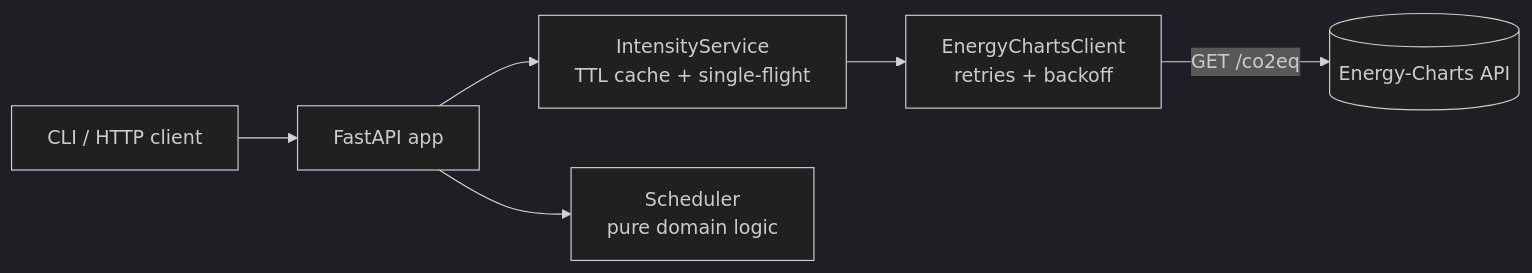
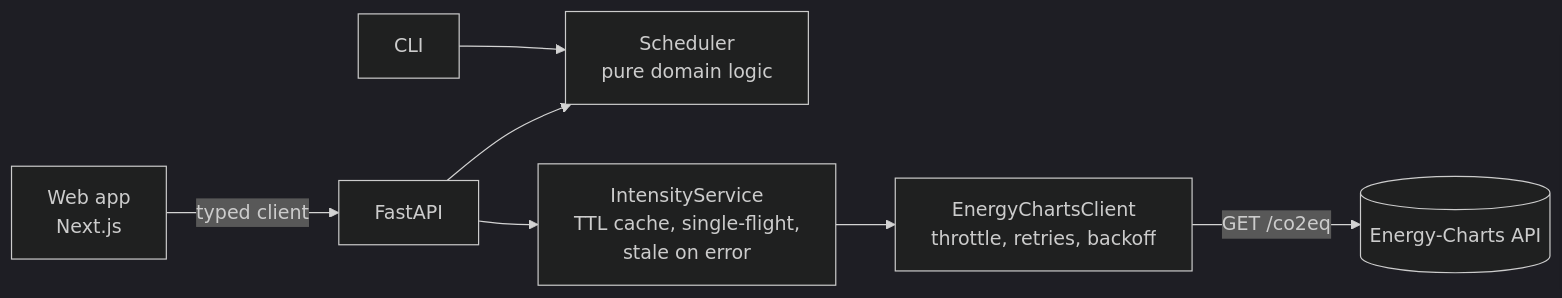
One commit to smymuna/gridshift changed the diagram in README.md. Above: the diagram before and after it, drawn with Mermaid (dark theme). The commit also changed other lines of this file and 95 other files, not shown here.

First line of the commit message:
Add Next.js web app; restructure as a Turborepo monorepo

````diff
--- a/README.md
+++ b/README.md
@@ -90,8 +132,9 @@
 ```mermaid
 flowchart LR
-    C[CLI / HTTP client] --> API[FastAPI app]
-    API --> S[IntensityService<br/>TTL cache + single-flight]
-    S --> EC[EnergyChartsClient<br/>retries + backoff]
+    W[Web app<br/>Next.js] -->|typed client| API[FastAPI]
+    C[CLI] --> SCH
+    API --> S[IntensityService<br/>TTL cache, single-flight,<br/>stale on error]
+    S --> EC[EnergyChartsClient<br/>throttle, retries, backoff]
     EC -->|GET /co2eq| EXT[(Energy-Charts API)]
     API --> SCH[Scheduler<br/>pure domain logic]
 ```
````
